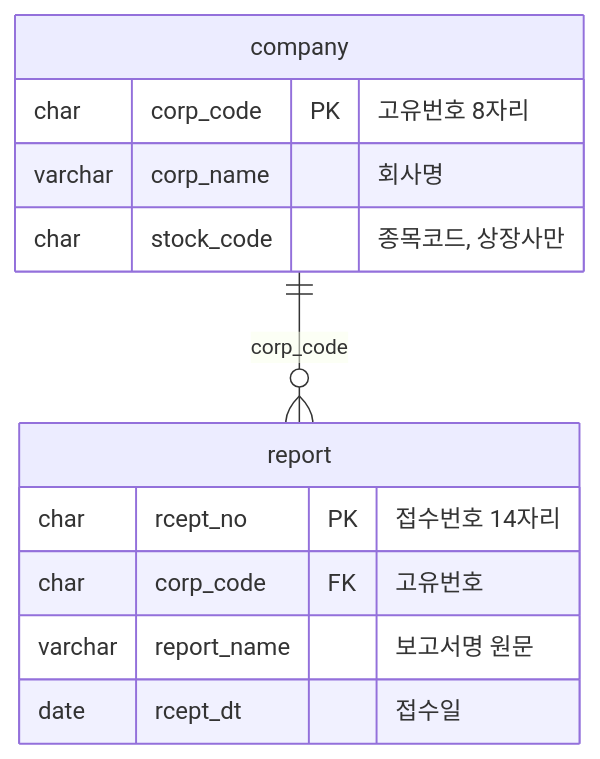
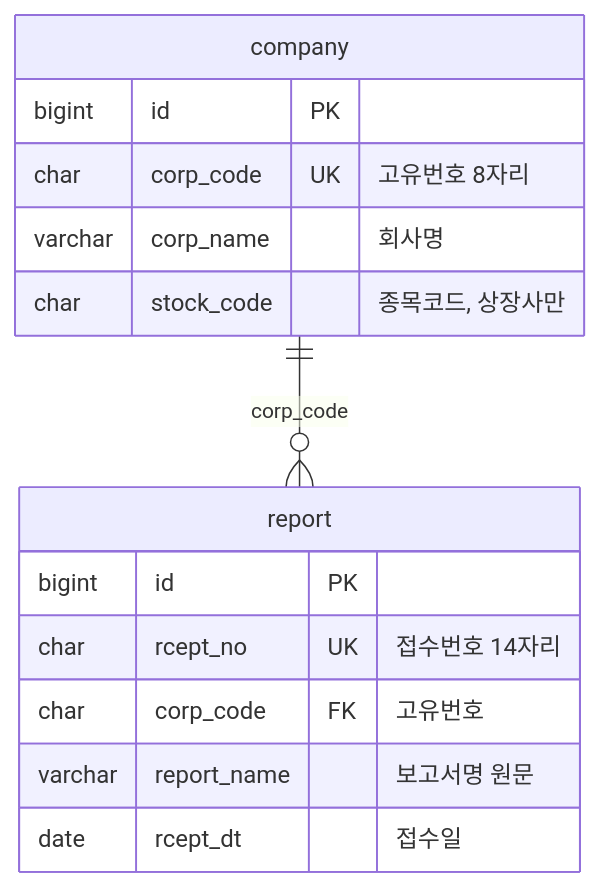
Before and after one commit to ShinhanDSProject/dart-insight: the diagram in docs/templates/erd.md, drawn with Mermaid. The commit also changed other lines of this file and 4 other files, not shown here.

````diff
--- a/docs/templates/erd.md
+++ b/docs/templates/erd.md
@@ -26,15 +26,17 @@
 ```mermaid
 erDiagram
     company ||--o{ report : "corp_code"
     company {
-        char corp_code PK "고유번호 8자리"
+        bigint id PK
+        char corp_code UK "고유번호 8자리"
         varchar corp_name "회사명"
         char stock_code "종목코드, 상장사만"
     }
     report {
-        char rcept_no PK "접수번호 14자리"
+        bigint id PK
+        char rcept_no UK "접수번호 14자리"
         char corp_code FK "고유번호"
         varchar report_name "보고서명 원문"
         date rcept_dt "접수일"
     }
 ```
````
